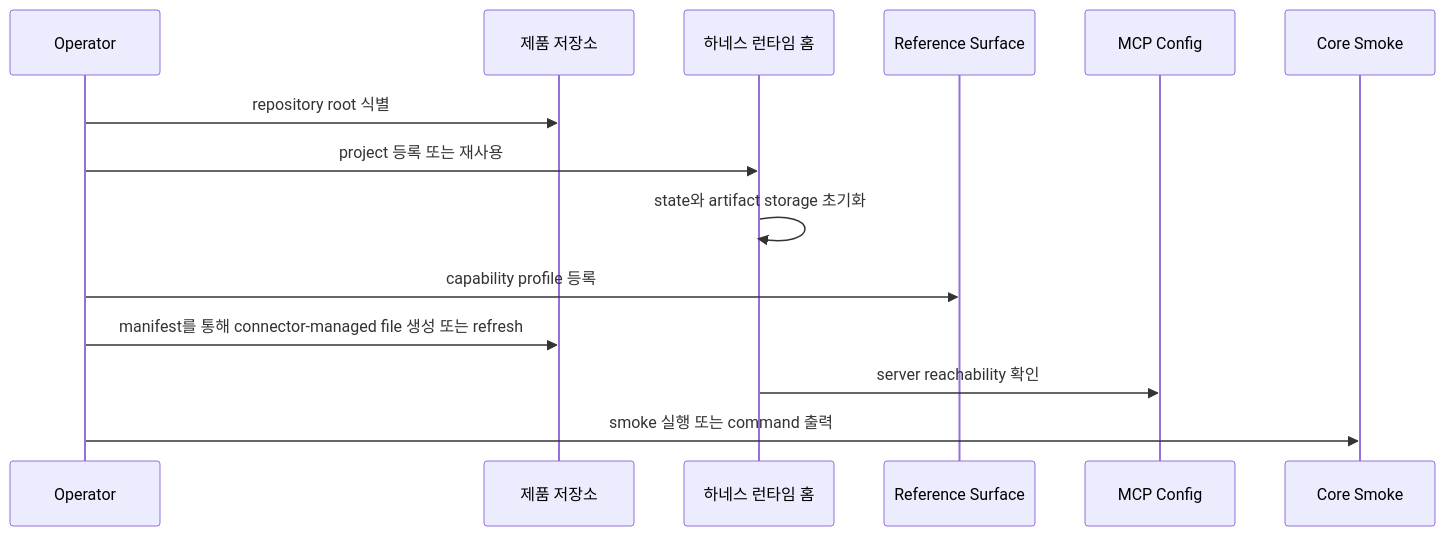
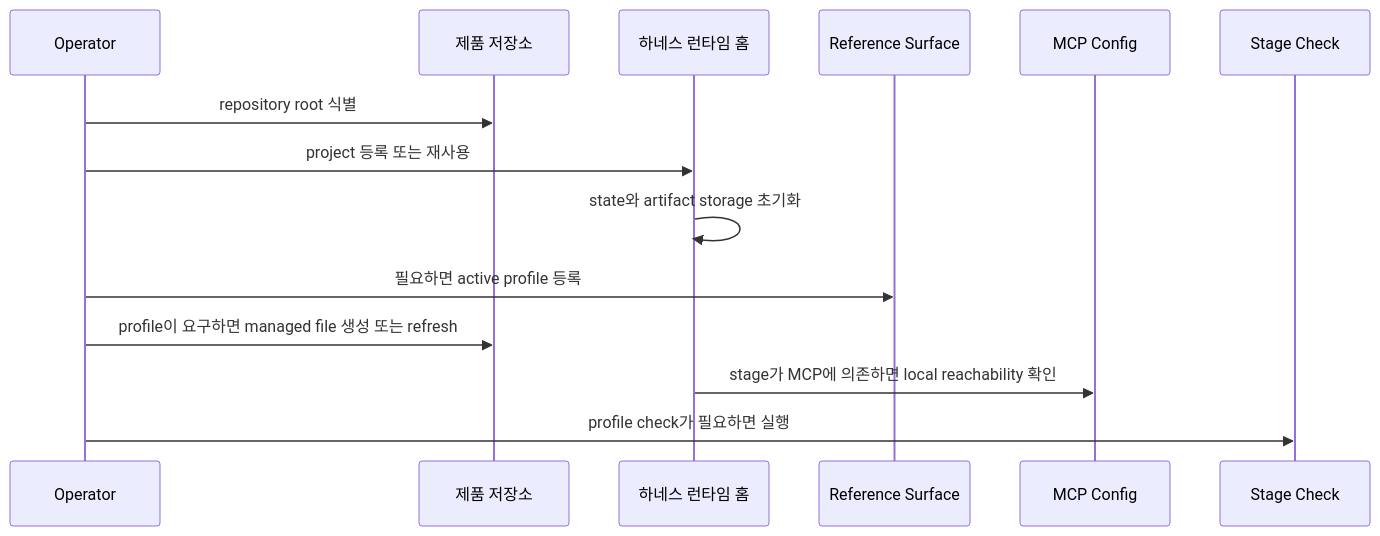
One commit to minjungw00/Harness_Project changed the fourth of 11 diagrams in docs/ko/reference/operations-and-conformance.md. Above: the diagram before and after it, drawn with Mermaid. The commit also changed other lines of this file and 9 other files, not shown here.

````diff
--- a/docs/ko/reference/operations-and-conformance.md
+++ b/docs/ko/reference/operations-and-conformance.md
@@ -207,16 +210,16 @@
 ```mermaid
 sequenceDiagram
   participant Op as Operator
   participant Repo as 제품 저장소
   participant Runtime as 하네스 런타임 홈
   participant Surface as Reference Surface
   participant MCP as MCP Config
-  participant Core as Core Smoke
+  participant Core as Stage Check
   Op->>Repo: repository root 식별
   Op->>Runtime: project 등록 또는 재사용
   Runtime->>Runtime: state와 artifact storage 초기화
-  Op->>Surface: capability profile 등록
-  Op->>Repo: manifest를 통해 connector-managed file 생성 또는 refresh
-  Runtime->>MCP: server reachability 확인
-  Op->>Core: smoke 실행 또는 command 출력
+  Op->>Surface: 필요하면 active profile 등록
+  Op->>Repo: profile이 요구하면 managed file 생성 또는 refresh
+  Runtime->>MCP: stage가 MCP에 의존하면 local reachability 확인
+  Op->>Core: profile check가 필요하면 실행
 ```
````
